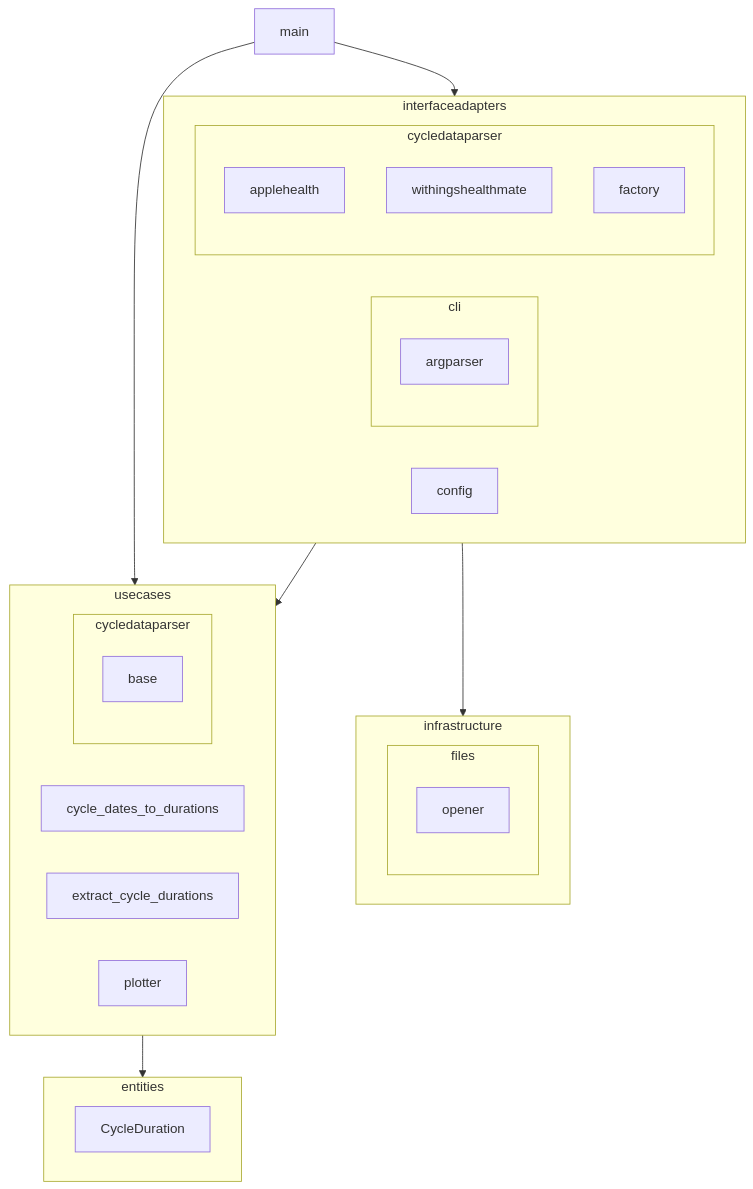
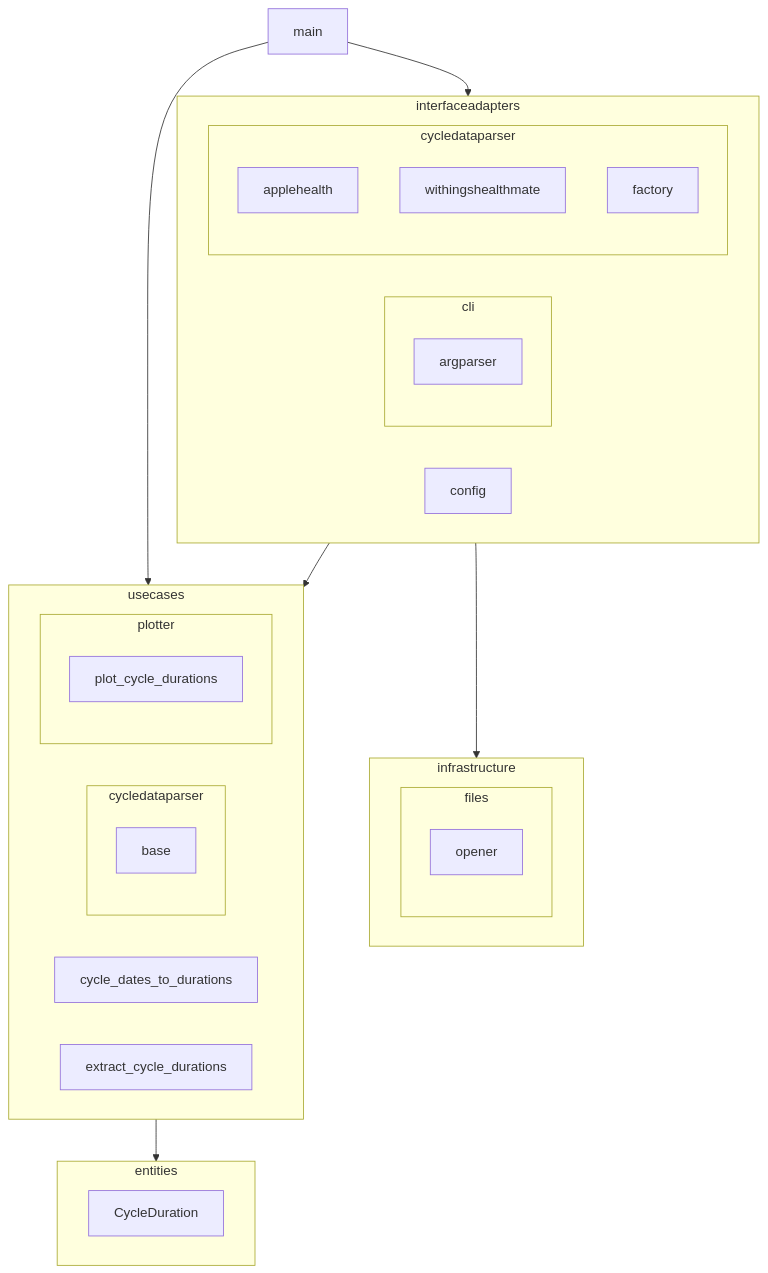
One commit to caarmen/cycle-plotter changed the third of 4 diagrams in docs/architecture.md. Above: the diagram before and after it, drawn with Mermaid. The commit also changed other lines of this file and 4 other files, not shown here.

Commit message:
Split the plotter module into a package, with the usecase function and the config as separate modules.

````diff
--- a/docs/architecture.md
+++ b/docs/architecture.md
@@ -43,37 +44,40 @@
 ```mermaid
 flowchart TD
     subgraph entities
         CycleDuration
     end
     subgraph infrastructure
         subgraph files
             opener
         end
     end
     subgraph interfaceadapters
         subgraph cli
             argparser
         end
         subgraph cycledataparser
             applehealth
             withingshealthmate
             factory
         end
         config
     end
     subgraph usecases
         subgraph icycledataparser[cycledataparser]
             base
         end
         cycle_dates_to_durations
         extract_cycle_durations
-        plotter
+        subgraph plotter
+            config
+            plot_cycle_durations
+        end
     end
     main
 
     main --> usecases
     main --> interfaceadapters
     interfaceadapters --> infrastructure
     interfaceadapters --> usecases
     usecases --> entities
 ```
````
